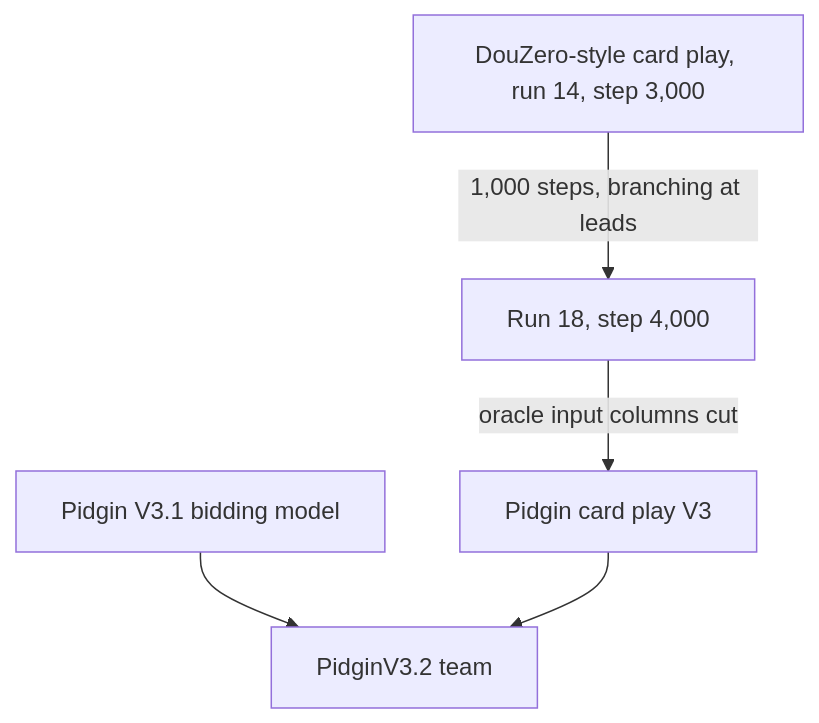
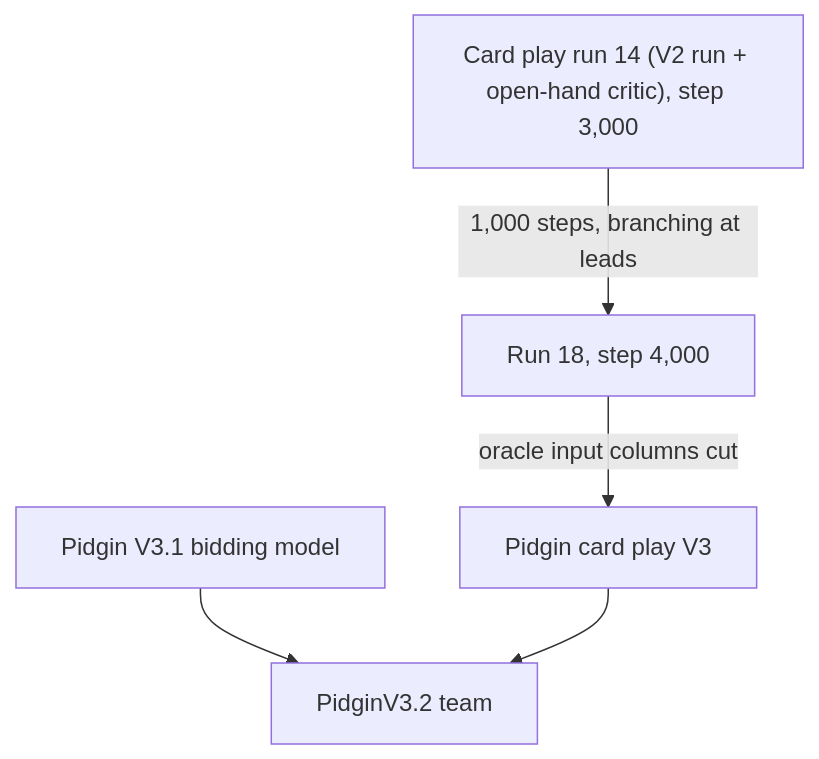
Before and after one commit to ThorvaldAagaard/pidgin: the diagram in docs/pidgin_v3_2.md, drawn with Mermaid. The commit also changed other lines of this file and 13 other files, not shown here.

First line of the commit message:
Card-play trainer for card play V2 and V3 in cardplay/

````diff
--- a/docs/pidgin_v3_2.md
+++ b/docs/pidgin_v3_2.md
@@ -28,7 +30,7 @@
 ```mermaid
 flowchart TD
     bid["Pidgin V3.1 bidding model"] --> team["PidginV3.2 team"]
-    run14["DouZero-style card play, run 14, step 3,000"] -->|1,000 steps, branching at leads| run18["Run 18, step 4,000"]
+    run14["Card play run 14 (V2 run + open-hand critic), step 3,000"] -->|1,000 steps, branching at leads| run18["Run 18, step 4,000"]
     run18 -->|oracle input columns cut| v3["Pidgin card play V3"]
     v3 --> team
 ```
````
